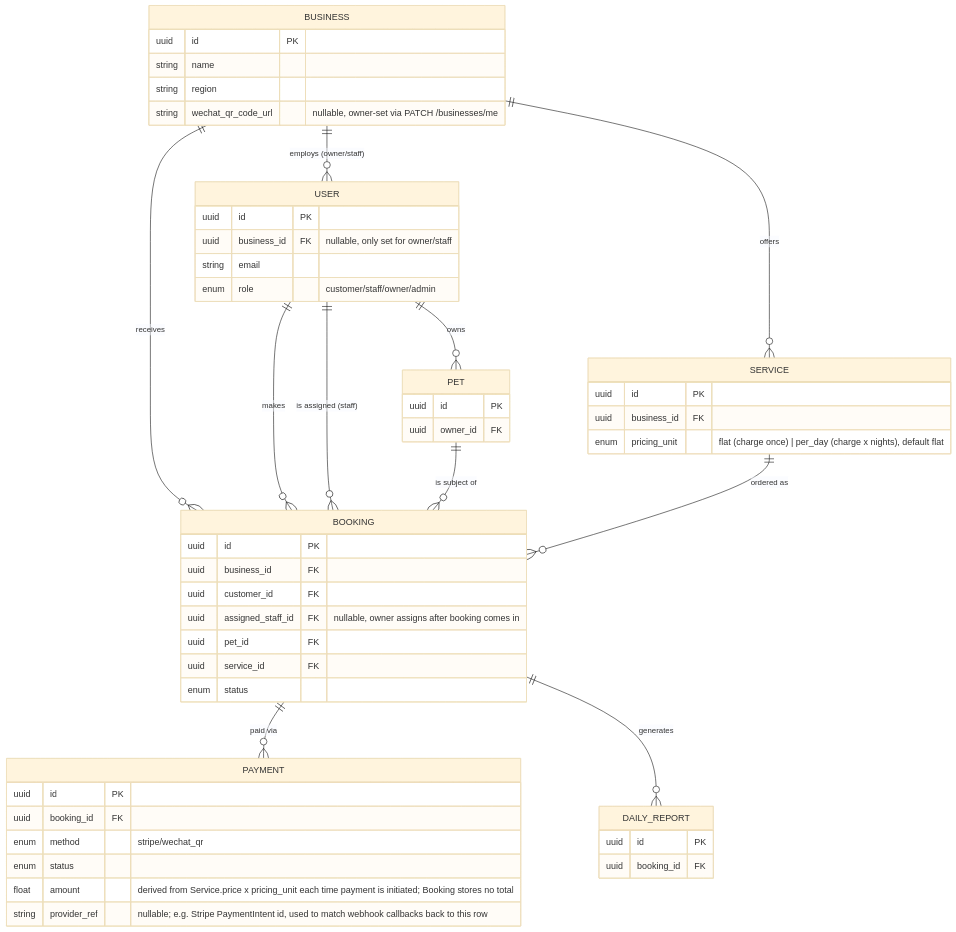
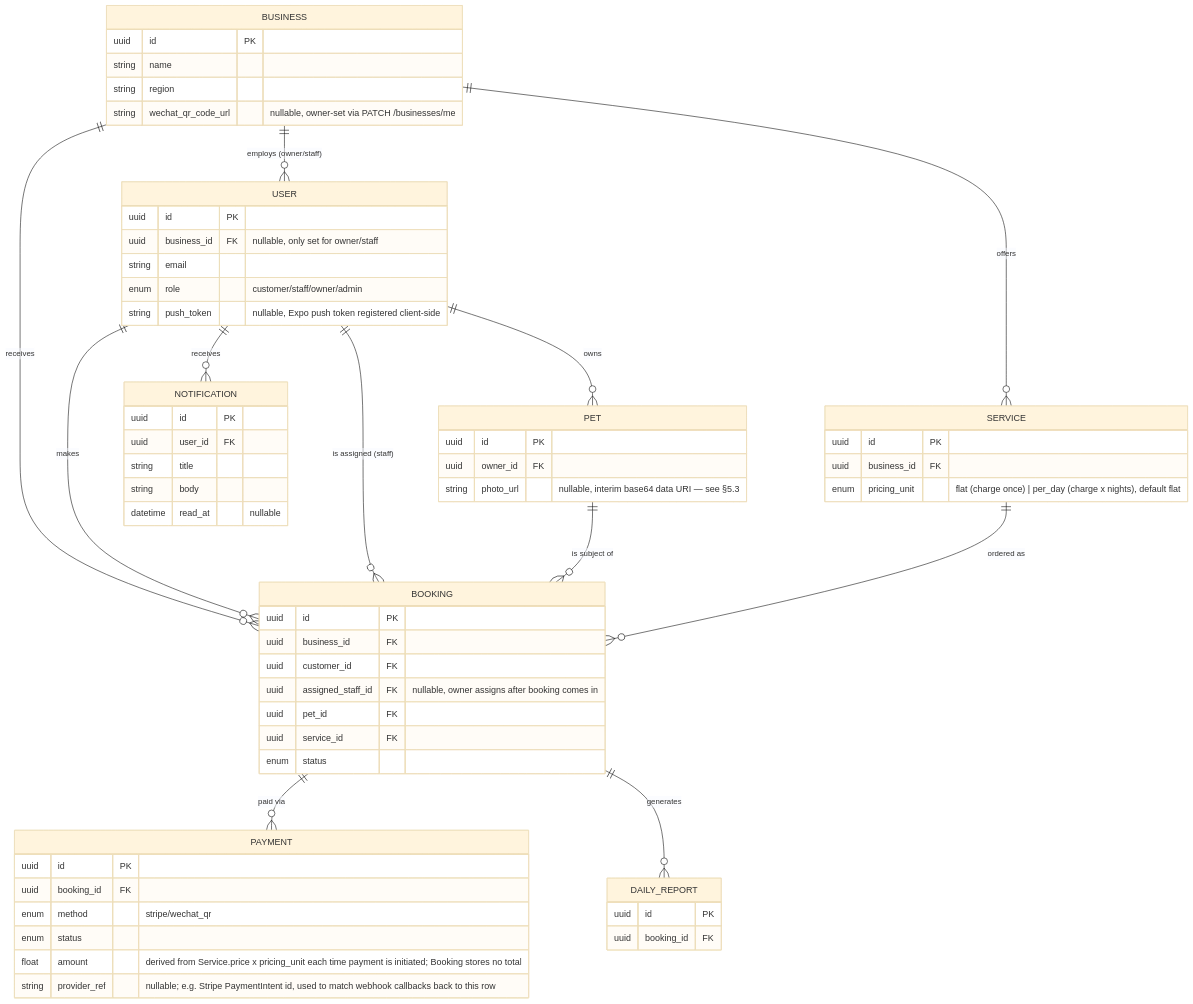
Before and after one commit to xiyunliu610/yt-paws-platform: the second of 7 diagrams in docs/03_System_Architecture.md, drawn with Mermaid (base theme). The commit also changed other lines of this file and 1 other file, not shown here.

First line of the commit message:
docs: sync PRD and architecture docs with payments/notifications work

````diff
--- a/docs/03_System_Architecture.md
+++ b/docs/03_System_Architecture.md
@@ -154,56 +157,66 @@
 ```mermaid
 erDiagram
     BUSINESS ||--o{ USER : "employs (owner/staff)"
     BUSINESS ||--o{ SERVICE : offers
     BUSINESS ||--o{ BOOKING : receives
     USER ||--o{ PET : owns
     USER ||--o{ BOOKING : makes
     USER ||--o{ BOOKING : "is assigned (staff)"
+    USER ||--o{ NOTIFICATION : receives
     PET ||--o{ BOOKING : "is subject of"
     SERVICE ||--o{ BOOKING : "ordered as"
     BOOKING ||--o{ PAYMENT : "paid via"
     BOOKING ||--o{ DAILY_REPORT : "generates"
 
     BUSINESS {
         uuid id PK
         string name
         string region
         string wechat_qr_code_url "nullable, owner-set via PATCH /businesses/me"
     }
     USER {
         uuid id PK
         uuid business_id FK "nullable, only set for owner/staff"
         string email
         enum role "customer/staff/owner/admin"
+        string push_token "nullable, Expo push token registered client-side"
     }
     PET {
         uuid id PK
         uuid owner_id FK
+        string photo_url "nullable, interim base64 data URI — see §5.3"
     }
     SERVICE {
         uuid id PK
         uuid business_id FK
         enum pricing_unit "flat (charge once) | per_day (charge x nights), default flat"
     }
     BOOKING {
         uuid id PK
         uuid business_id FK
         uuid customer_id FK
         uuid assigned_staff_id FK "nullable, owner assigns after booking comes in"
         uuid pet_id FK
         uuid service_id FK
         enum status
     }
     PAYMENT {
         uuid id PK
         uuid booking_id FK
         enum method "stripe/wechat_qr"
         enum status
         float amount "derived from Service.price x pricing_unit each time payment is initiated; Booking stores no total"
         string provider_ref "nullable; e.g. Stripe PaymentIntent id, used to match webhook callbacks back to this row"
     }
     DAILY_REPORT {
         uuid id PK
         uuid booking_id FK
     }
+    NOTIFICATION {
+        uuid id PK
+        uuid user_id FK
+        string title
+        string body
+        datetime read_at "nullable"
+    }
 ```
````
